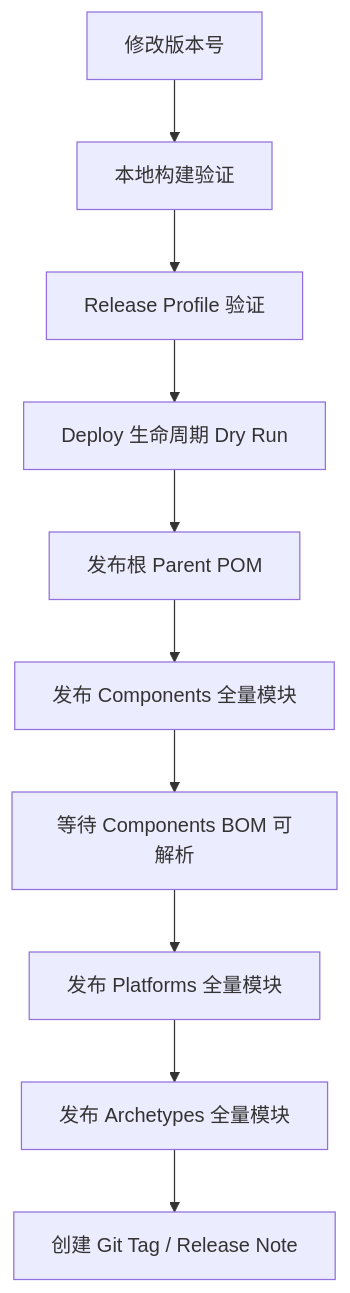
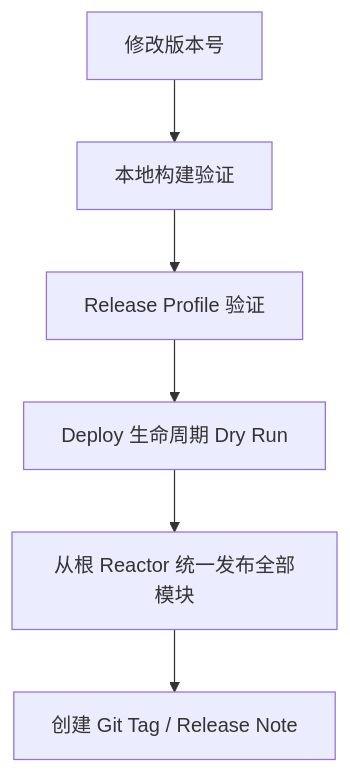
The diagram in scripts/maven-deploy.md (AllenDEricDAlexander/Egon-COLA), drawn with Mermaid before and after one commit. The commit also changed other lines of this file and 321 other files, not shown here.

Commit message:
refactor(platforms): move DDC out of components

````diff
--- a/scripts/maven-deploy.md
+++ b/scripts/maven-deploy.md
@@ -33,12 +33,8 @@
 ```mermaid
 flowchart TD
     A[修改版本号] --> B[本地构建验证]
     B --> C[Release Profile 验证]
     C --> D[Deploy 生命周期 Dry Run]
-    D --> E[发布根 Parent POM]
-    E --> F[发布 Components 全量模块]
-    F --> G[等待 Components BOM 可解析]
-    G --> H[发布 Platforms 全量模块]
-    H --> I[发布 Archetypes 全量模块]
-    I --> J[创建 Git Tag / Release Note]
+    D --> E[从根 Reactor 统一发布全部模块]
+    E --> F[创建 Git Tag / Release Note]
 ```
````
